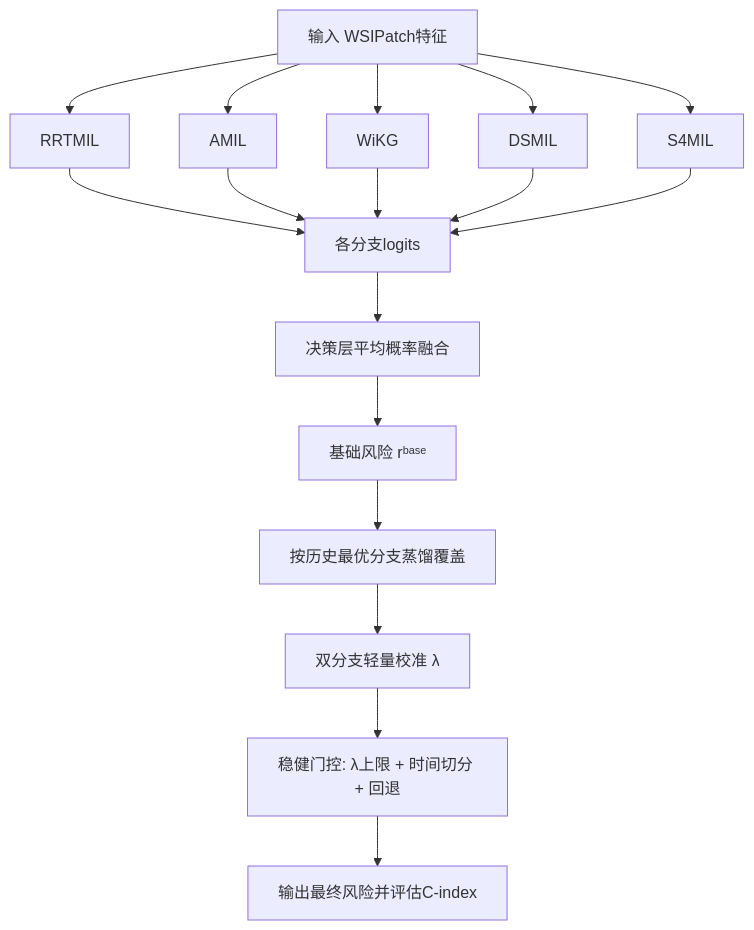
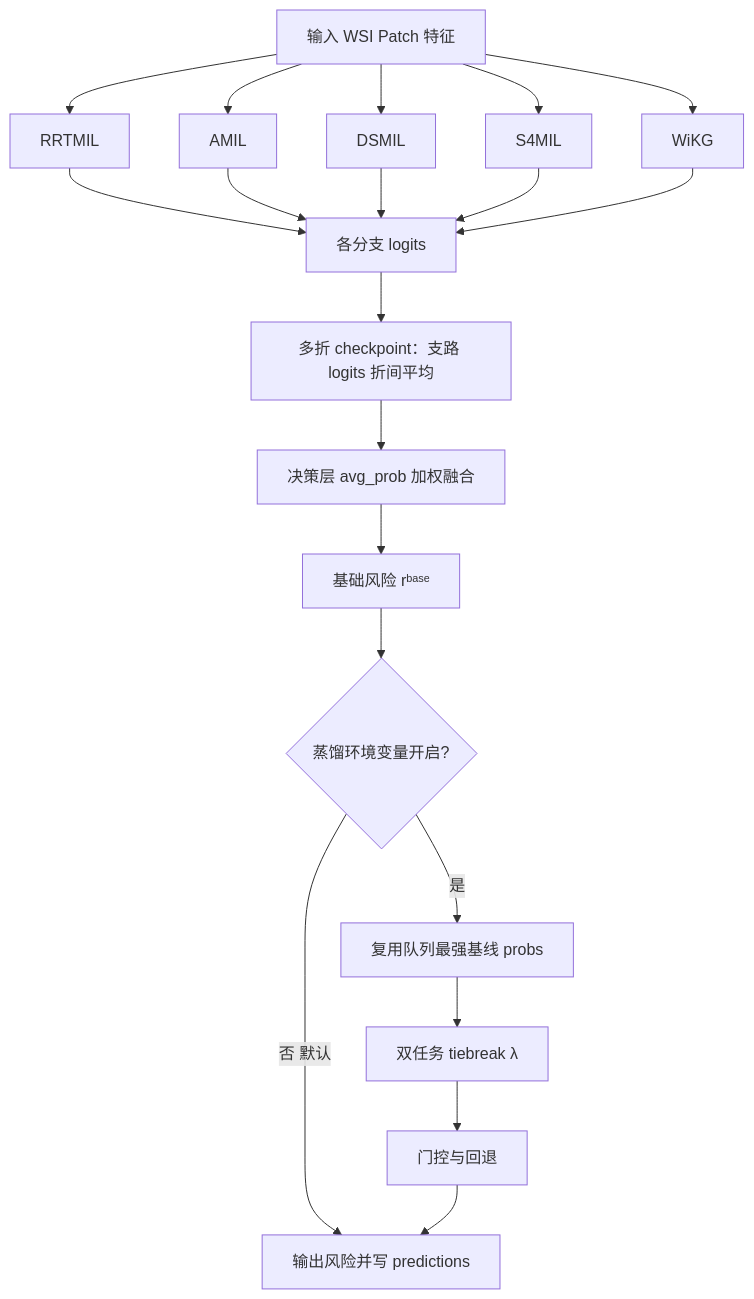
The first of 6 diagrams in ViLa-MIL/docs/第3章_基于特征对齐与自适应门控融合的集成学习方法_论文用稿.md (AlexRobin04/lung-cancer-survival-prediction), drawn with Mermaid before and after one commit. The commit also changed other lines of this file and 16 other files, not shown here.

````diff
--- a/ViLa-MIL/docs/第3章_基于特征对齐与自适应门控融合的集成学习方法_论文用稿.md
+++ b/ViLa-MIL/docs/第3章_基于特征对齐与自适应门控融合的集成学习方法_论文用稿.md
@@ -37,21 +29,24 @@
 ```mermaid
 flowchart TB
-  A[输入 WSIPatch特征] --> B1[RRTMIL]
+  A[输入 WSI Patch 特征] --> B1[RRTMIL]
   A --> B2[AMIL]
-  A --> B3[WiKG]
-  A --> B4[DSMIL]
-  A --> B5[S4MIL]
+  A --> B3[DSMIL]
+  A --> B4[S4MIL]
+  A --> B5[WiKG]
 
-  B1 --> C[各分支logits]
+  B1 --> C[各分支 logits]
   B2 --> C
   B3 --> C
   B4 --> C
   B5 --> C
 
-  C --> D[决策层平均概率融合]
-  D --> E[基础风险 rᵇᵃˢᵉ]
-  E --> F[按历史最优分支蒸馏覆盖]
-  F --> G[双分支轻量校准 λ]
-  G --> H[稳健门控: λ上限 + 时间切分 + 回退]
-  H --> I[输出最终风险并评估C-index]
+  C --> D[多折 checkpoint：支路 logits 折间平均]
+  D --> E[决策层 avg_prob 加权融合]
+  E --> F[基础风险 rᵇᵃˢᵉ]
+  F --> G{蒸馏环境变量开启?}
+  G -->|否 默认| I[输出风险并写 predictions]
+  G -->|是| H[复用队列最强基线 probs]
+  H --> J[双任务 tiebreak λ]
+  J --> K[门控与回退]
+  K --> I
 ```
````
